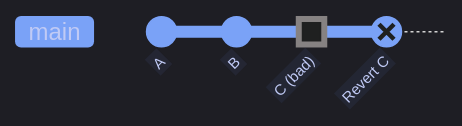
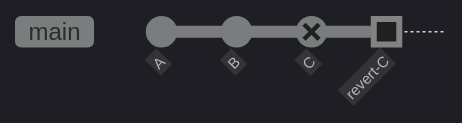
Before and after one commit to alp78/elysium: the fifth of 5 diagrams in content/08-Git/git-common-errors.md, drawn with Mermaid. The commit also changed other lines of this file and 55 other files, not shown here.

````diff
--- a/content/08-Git/git-common-errors.md
+++ b/content/08-Git/git-common-errors.md
@@ -489,26 +482,8 @@
 ```mermaid
-%%{init: {'theme': 'dark', 'themeVariables': {
-  'git0': '#7aa2f7',
-  'git1': '#9ece6a',
-  'git2': '#e0af68',
-  'git3': '#f7768e',
-  'git4': '#bb9af7',
-  'git5': '#7dcfff',
-  'git6': '#73daca',
-  'git7': '#ff9e64',
-  'gitBranchLabel0': '#c0caf5',
-  'gitBranchLabel1': '#c0caf5',
-  'gitBranchLabel2': '#c0caf5',
-  'gitBranchLabel3': '#c0caf5',
-  'commitLabelColor': '#c0caf5',
-  'commitLabelBackground': '#292e42',
-  'tagLabelColor': '#c0caf5',
-  'tagLabelBackground': '#292e42',
-  'tagLabelBorder': '#565f89'
-}}}%%
+%%{init: {'theme': 'dark', 'gitGraph': {'mainBranchName': 'main'}} }%%
 gitGraph
   commit id: "A"
   commit id: "B"
-  commit id: "C (bad)" type: HIGHLIGHT
-  commit id: "Revert C" type: REVERSE
+  commit id: "C" type: REVERSE
+  commit id: "revert-C" type: HIGHLIGHT
 ```
````
